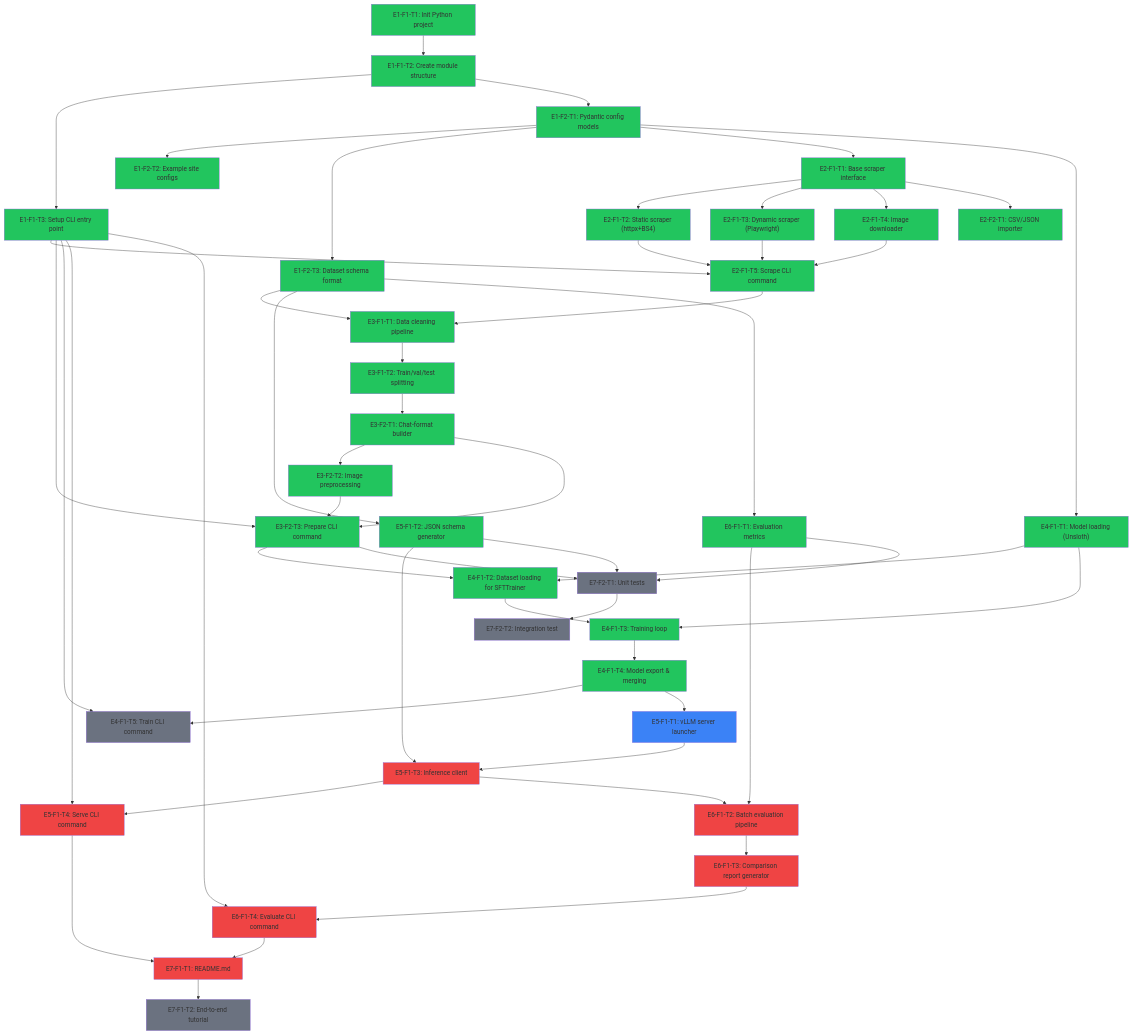
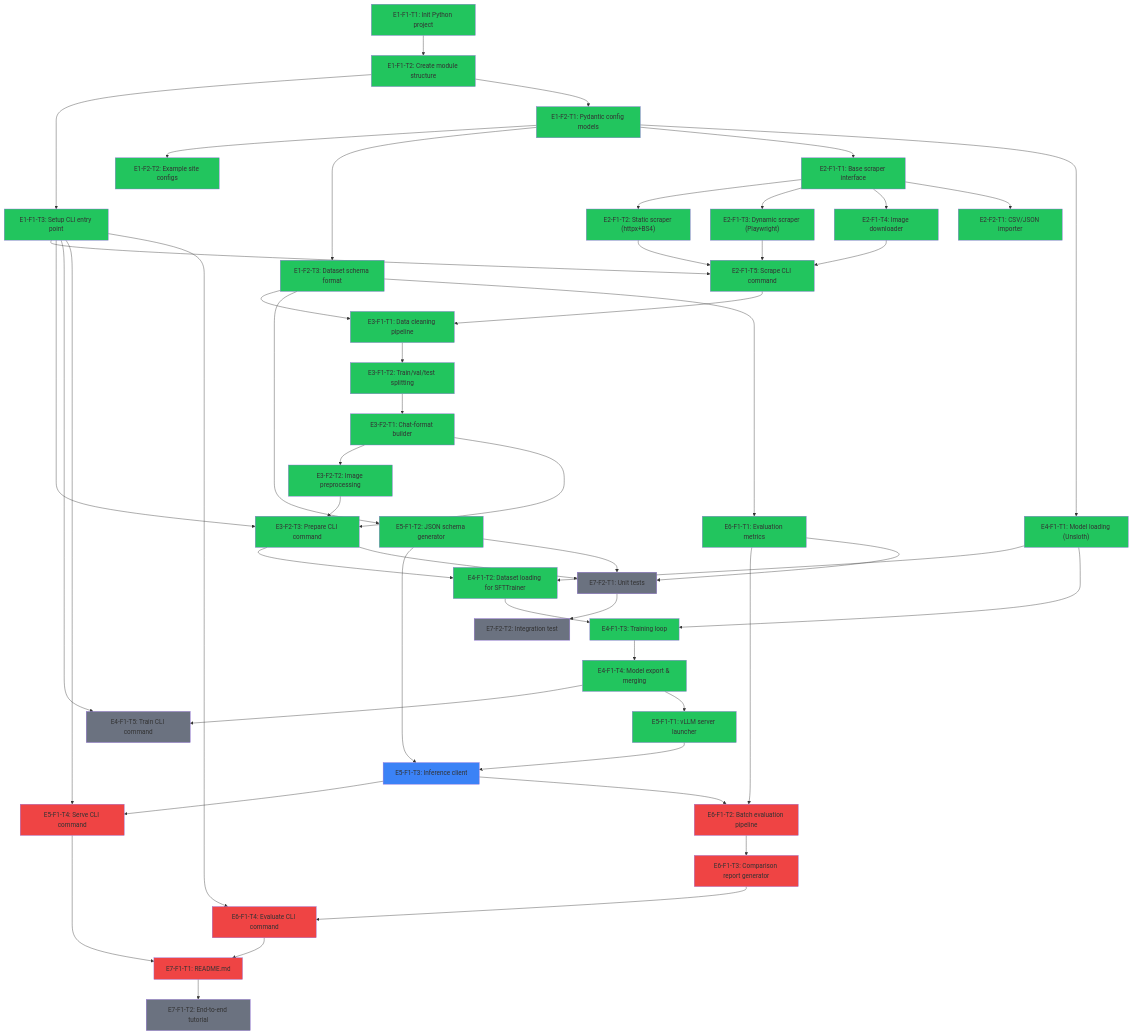
The diagram in ROADMAP.md (Vutiot/ArticleTagging), drawn with Mermaid before and after one commit. The commit also changed other lines of this file and 3 other files, not shown here.

```diff
--- a/ROADMAP.md
+++ b/ROADMAP.md
@@ -141,12 +141,13 @@
   style E4F1T3 fill:#22c55e
   style E4F1T4 fill:#22c55e
 
+  style E4F1T5 fill:#22c55e
+  style E5F1T1 fill:#22c55e
+
   %% Ready (blue) — all blockers resolved
-  style E4F1T5 fill:#3b82f6
-  style E5F1T1 fill:#3b82f6
+  style E5F1T3 fill:#3b82f6
 
   %% Critical path remaining (red)
-  style E5F1T3 fill:#ef4444
   style E5F1T4 fill:#ef4444
   style E6F1T2 fill:#ef4444
   style E6F1T3 fill:#ef4444
```
